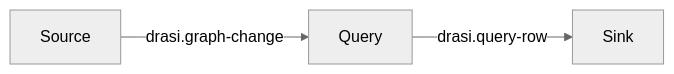
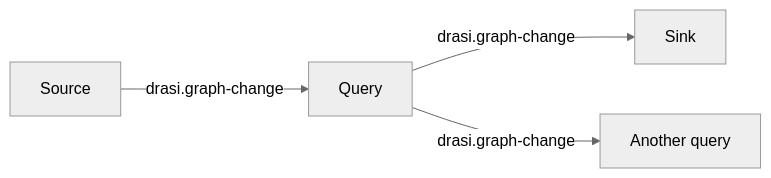
One commit to drasi-project/drasi-core changed the sixth of 7 diagrams in lib/docs/computation-graph-data-design.md. Above: the diagram before and after it, drawn with Mermaid (neutral theme). The commit also changed other lines of this file and 574 other files, not shown here.

First line of the commit message:
feat!: unify computation graph data contracts

````diff
--- a/lib/docs/computation-graph-data-design.md
+++ b/lib/docs/computation-graph-data-design.md
@@ -650,5 +697,6 @@
 ```mermaid
 flowchart LR
     source["Source"] -->|"drasi.graph-change"| query["Query"]
-    query -->|"drasi.query-row"| sink["Sink"]
+    query -->|"drasi.graph-change"| sink["Sink"]
+    query -->|"drasi.graph-change"| next["Another query"]
 ```
````
